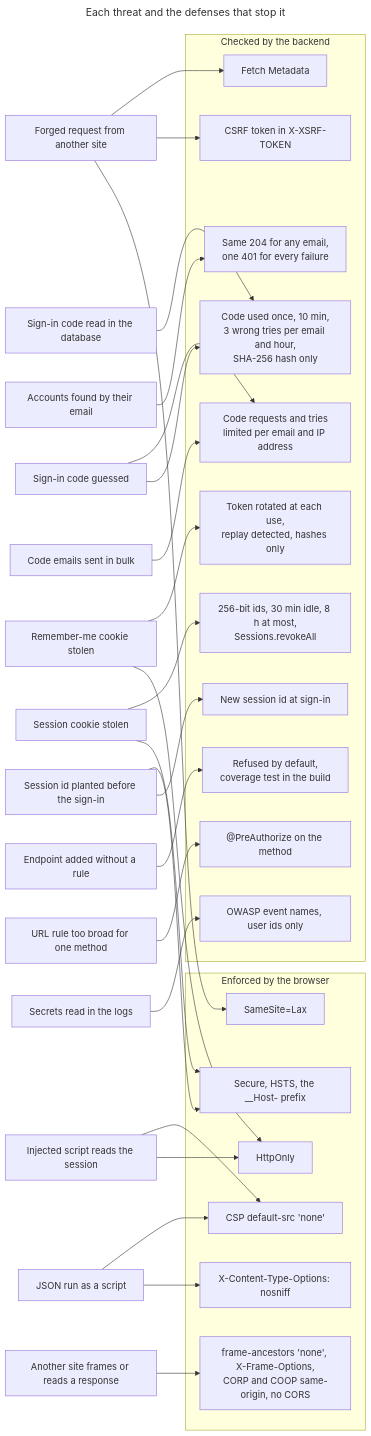
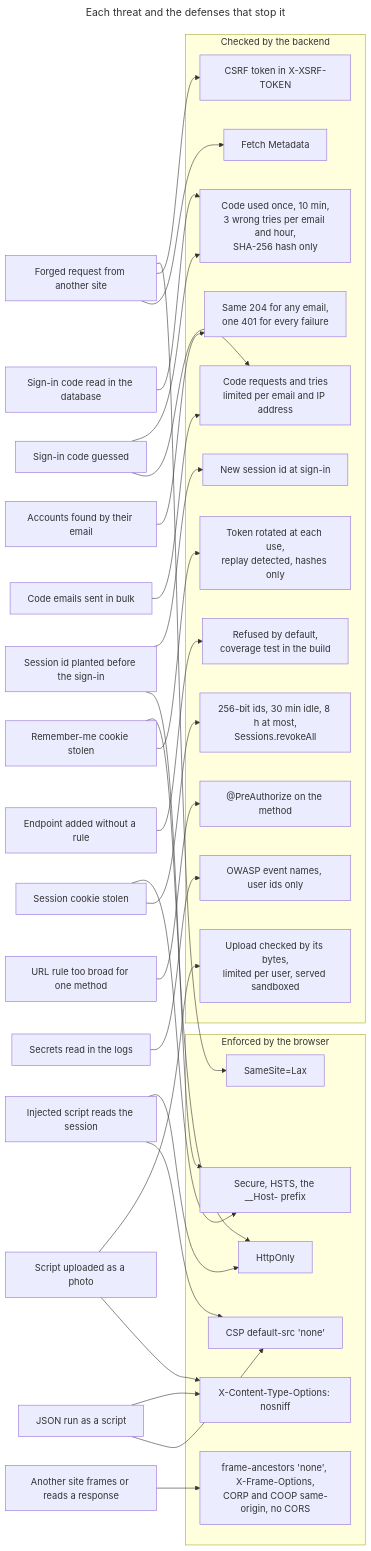
One commit to mboisnard/drinkit changed the second of 8 diagrams in docs/src/engineering/security/principles.md. Above: the diagram before and after it, drawn with Mermaid. The commit also changed other lines of this file and 2 other files, not shown here.

Commit message:
[DOCUMENTATION] Record why an uploaded file stays temporary until a use case keeps it (#574)

````diff
--- a/docs/src/engineering/security/principles.md
+++ b/docs/src/engineering/security/principles.md
@@ -57,56 +57,59 @@
 ```mermaid
 ---
 title: Each threat and the defenses that stop it
 ---
 flowchart LR
   forged["Forged request from another site"]
   xss["Injected script reads the session"]
   fixation["Session id planted before the sign-in"]
   stolenSession["Session cookie stolen"]
   stolenRemember["Remember-me cookie stolen"]
   guessed["Sign-in code guessed"]
   dumped["Sign-in code read in the database"]
   enumerated["Accounts found by their email"]
   flooded["Code emails sent in bulk"]
   framed["Another site frames or reads a response"]
   sniffed["JSON run as a script"]
   unruled["Endpoint added without a rule"]
   broad["URL rule too broad for one method"]
   logs["Secrets read in the logs"]
+  uploaded["Script uploaded as a photo"]
   subgraph browserSide["Enforced by the browser"]
     samesite["SameSite=Lax"]
     httponly["HttpOnly"]
     transport["Secure, HSTS, the __Host- prefix"]
     csp["CSP default-src 'none'"]
     nosniff["X-Content-Type-Options: nosniff"]
     origin["frame-ancestors 'none', X-Frame-Options,<br/>CORP and COOP same-origin, no CORS"]
   end
   subgraph backendSide["Checked by the backend"]
     token["CSRF token in X-XSRF-TOKEN"]
     fetch["Fetch Metadata"]
     newId["New session id at sign-in"]
     lifetime["256-bit ids, 30 min idle, 8 h at most,<br/>Sessions.revokeAll"]
     rotation["Token rotated at each use,<br/>replay detected, hashes only"]
     codeLimits["Code used once, 10 min,<br/>3 wrong tries per email and hour,<br/>SHA-256 hash only"]
     sameAnswer["Same 204 for any email,<br/>one 401 for every failure"]
     rateLimit["Code requests and tries<br/>limited per email and IP address"]
     deny["Refused by default,<br/>coverage test in the build"]
     preAuthorize["@PreAuthorize on the method"]
     vocabulary["OWASP event names, user ids only"]
+    uploadChecks["Upload checked by its bytes,<br/>limited per user, served sandboxed"]
   end
   forged --> samesite & token & fetch
   xss --> httponly & csp
   fixation --> newId & transport
   stolenSession --> transport & lifetime
   stolenRemember --> httponly & rotation
   guessed --> codeLimits
   guessed --> rateLimit
   dumped --> codeLimits
   enumerated --> sameAnswer
   flooded --> rateLimit
   framed --> origin
   sniffed --> nosniff & csp
   unruled --> deny
   broad --> preAuthorize
   logs --> vocabulary
+  uploaded --> uploadChecks & nosniff
 ```
````
